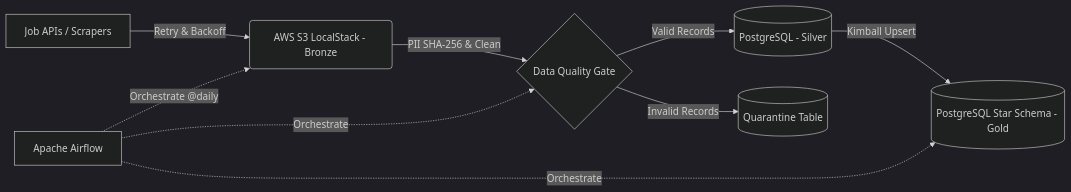
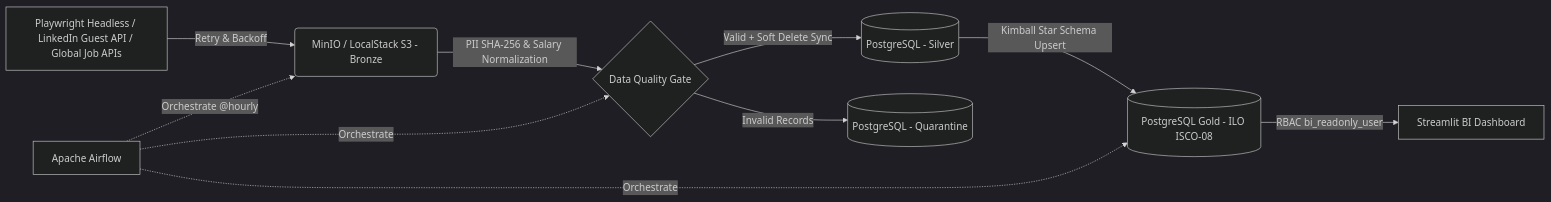
The diagram in README.md (LamTT1306/it-job-market-de-pipeline), drawn with Mermaid (dark theme) before and after one commit. The commit also changed other lines of this file and 11 other files, not shown here.

Commit message:
chore: finalize production-ready DE pipeline with ILO schema, Soft Delete, and unit tests

````diff
--- a/README.md
+++ b/README.md
@@ -8,11 +7,12 @@
 ```mermaid
 graph LR
-    A[Job APIs / Scrapers] -->|Retry & Backoff| B(AWS S3 LocalStack - Bronze)
-    B -->|PII SHA-256 & Clean| C{Data Quality Gate}
-    C -->|Valid Records| D[(PostgreSQL - Silver)]
-    C -->|Invalid Records| E[(Quarantine Table)]
-    D -->|Kimball Upsert| F[(PostgreSQL Star Schema - Gold)]
-    G[Apache Airflow] -.->|Orchestrate @daily| B
+    A[Playwright Headless / LinkedIn Guest API / Global Job APIs] -->|Retry & Backoff| B(MinIO / LocalStack S3 - Bronze)
+    B -->|PII SHA-256 & Salary Normalization| C{Data Quality Gate}
+    C -->|Valid + Soft Delete Sync| D[(PostgreSQL - Silver)]
+    C -->|Invalid Records| E[(PostgreSQL - Quarantine)]
+    D -->|Kimball Star Schema Upsert| F[(PostgreSQL Gold - ILO ISCO-08)]
+    F -->|RBAC bi_readonly_user| H[Streamlit BI Dashboard]
+    G[Apache Airflow] -.->|Orchestrate @hourly| B
     G -.->|Orchestrate| C
     G -.->|Orchestrate| F
 ```
````
